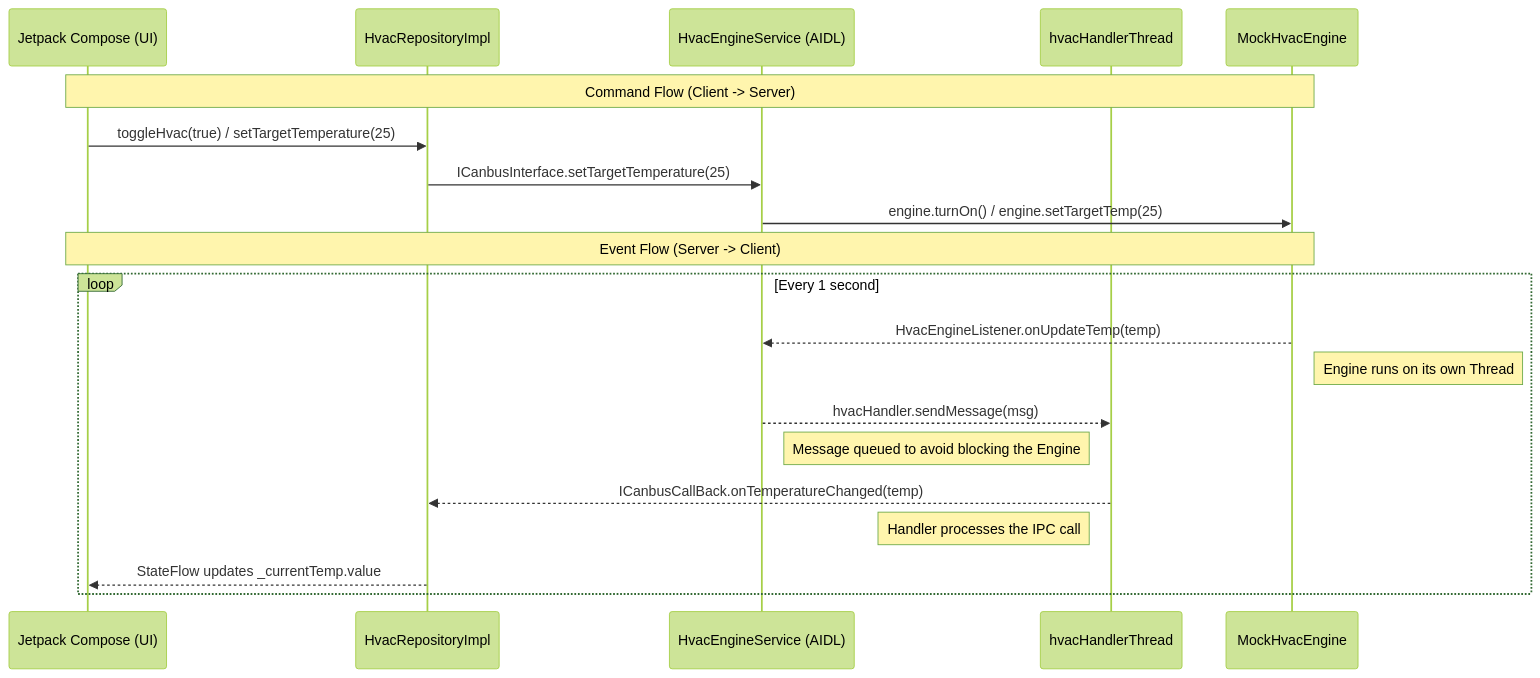
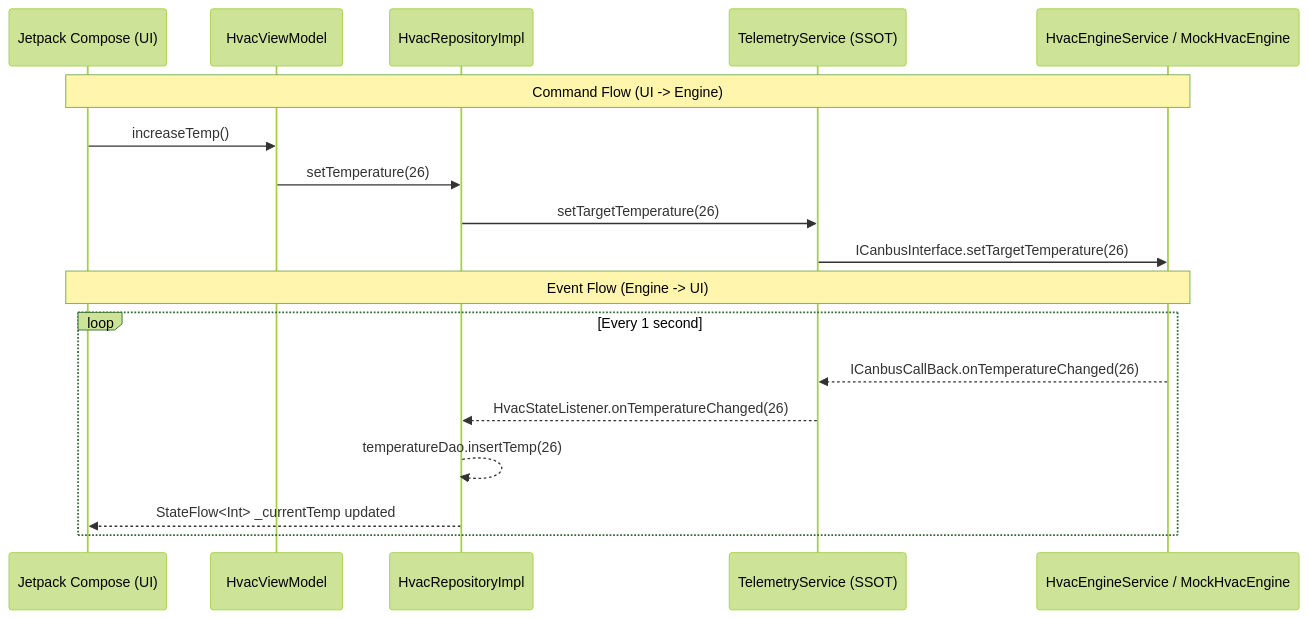
Before and after one commit to Dantruong3012/SmartVehicleTelemetryDashboard_Mobile: the diagram in README.md, drawn with Mermaid (forest theme). The commit also changed other lines of this file and 6 other files, not shown here.

Commit message:
feat: refactor to SSOT architecture - TelemetryService as central AIDL hub

````diff
--- a/README.md
+++ b/README.md
@@ -8,26 +57,22 @@
 ```mermaid
 sequenceDiagram
     participant UI as Jetpack Compose (UI)
+    participant VM as HvacViewModel
     participant Repo as HvacRepositoryImpl
-    participant Service as HvacEngineService (AIDL)
-    participant Handler as hvacHandlerThread
-    participant Engine as MockHvacEngine
+    participant SSOT as TelemetryService (SSOT)
+    participant Engine as HvacEngineService / MockHvacEngine
 
-    %% Client to Server Flow
-    Note over UI, Engine: Command Flow (Client -> Server)
-    UI->>Repo: toggleHvac(true) / setTargetTemperature(25)
-    Repo->>Service: ICanbusInterface.setTargetTemperature(25)
-    Service->>Engine: engine.turnOn() / engine.setTargetTemp(25)
+    Note over UI, Engine: Command Flow (UI -> Engine)
+    UI->>VM: increaseTemp()
+    VM->>Repo: setTemperature(26)
+    Repo->>SSOT: setTargetTemperature(26)
+    SSOT->>Engine: ICanbusInterface.setTargetTemperature(26)
 
-    %% Server to Client Flow
-    Note over Engine, UI: Event Flow (Server -> Client)
+    Note over Engine, UI: Event Flow (Engine -> UI)
     loop Every 1 second
-        Engine-->>Service: HvacEngineListener.onUpdateTemp(temp)
-        Note right of Engine: Engine runs on its own Thread
-        Service-->>Handler: hvacHandler.sendMessage(msg)
-        Note right of Service: Message queued to avoid blocking the Engine
-        Handler-->>Repo: ICanbusCallBack.onTemperatureChanged(temp)
-        Note left of Handler: Handler processes the IPC call
-        Repo-->>UI: StateFlow updates _currentTemp.value
+        Engine-->>SSOT: ICanbusCallBack.onTemperatureChanged(26)
+        SSOT-->>Repo: HvacStateListener.onTemperatureChanged(26)
+        Repo-->>Repo: temperatureDao.insertTemp(26)
+        Repo-->>UI: StateFlow<Int> _currentTemp updated
     end
 ```
````
